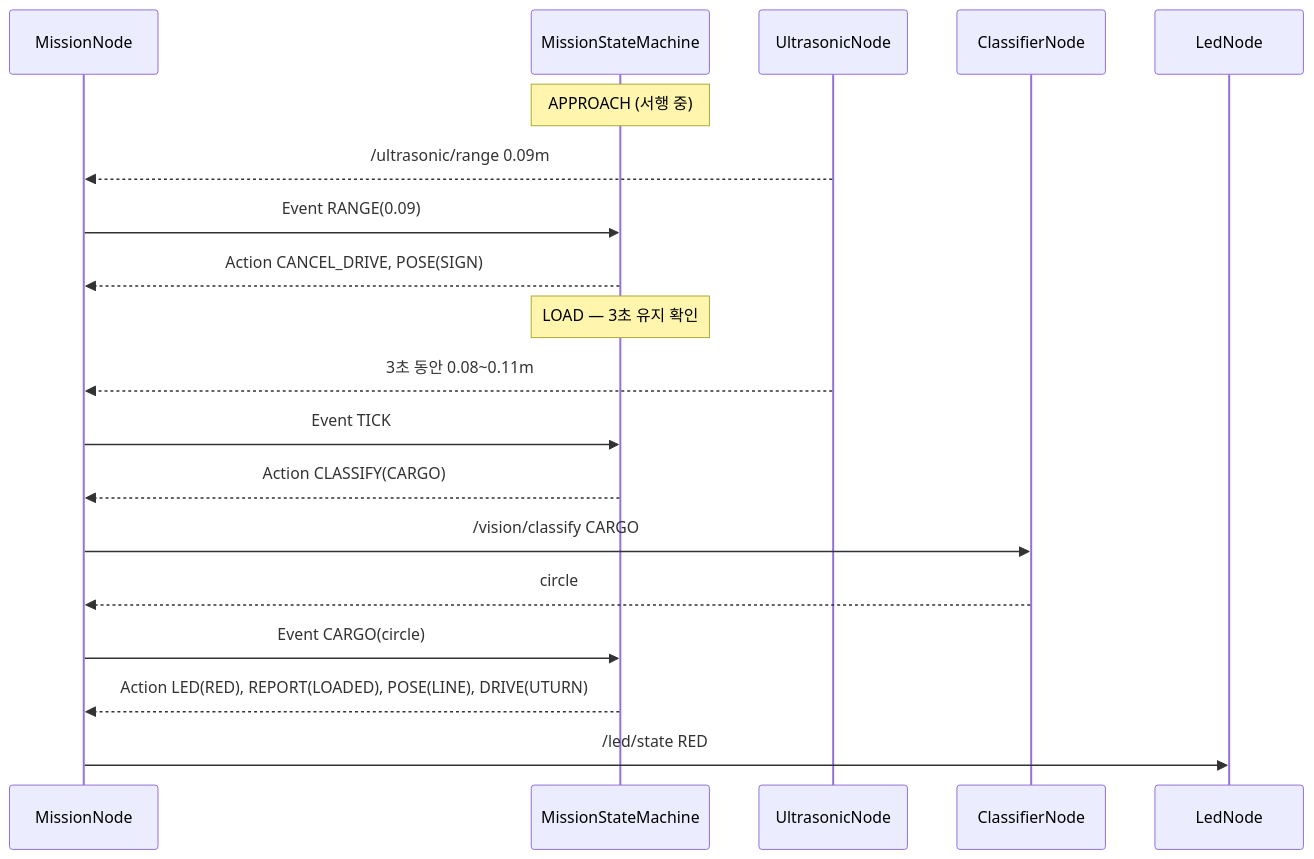
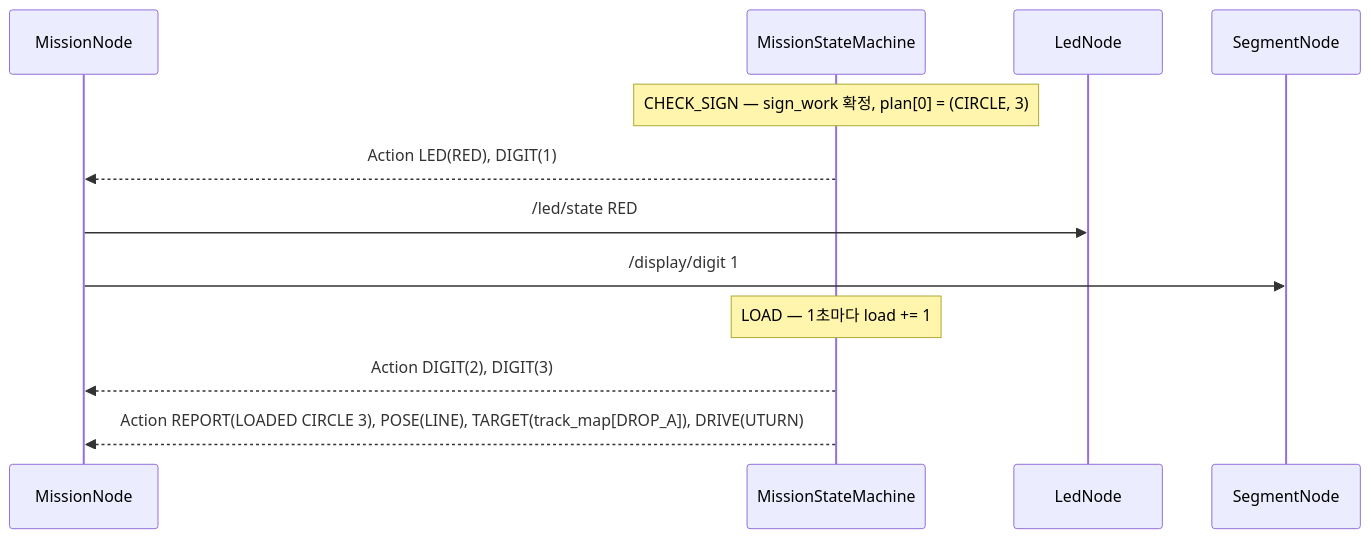
The seventh of 7 diagrams in 02_design/software/class_design.md (hwoo97/logistics-automation), drawn with Mermaid before and after one commit. The commit also changed other lines of this file and 67 other files, not shown here.

````diff
--- a/02_design/software/class_design.md
+++ b/02_design/software/class_design.md
@@ -566,21 +575,14 @@
 ```mermaid
 sequenceDiagram
     participant M as MissionNode
     participant SM as MissionStateMachine
-    participant U as UltrasonicNode
-    participant C as ClassifierNode
     participant L as LedNode
-    Note over SM: APPROACH (서행 중)
-    U-->>M: /ultrasonic/range 0.09m
-    M->>SM: Event RANGE(0.09)
-    SM-->>M: Action CANCEL_DRIVE, POSE(SIGN)
-    Note over SM: LOAD — 3초 유지 확인
-    U-->>M: 3초 동안 0.08~0.11m
-    M->>SM: Event TICK
-    SM-->>M: Action CLASSIFY(CARGO)
-    M->>C: /vision/classify CARGO
-    C-->>M: circle
-    M->>SM: Event CARGO(circle)
-    SM-->>M: Action LED(RED), REPORT(LOADED), POSE(LINE), DRIVE(UTURN)
+    participant S as SegmentNode
+    Note over SM: CHECK_SIGN — sign_work 확정, plan[0] = (CIRCLE, 3)
+    SM-->>M: Action LED(RED), DIGIT(1)
     M->>L: /led/state RED
+    M->>S: /display/digit 1
+    Note over SM: LOAD — 1초마다 load += 1
+    SM-->>M: Action DIGIT(2), DIGIT(3)
+    SM-->>M: Action REPORT(LOADED CIRCLE 3), POSE(LINE), TARGET(track_map[DROP_A]), DRIVE(UTURN)
 ```
````
